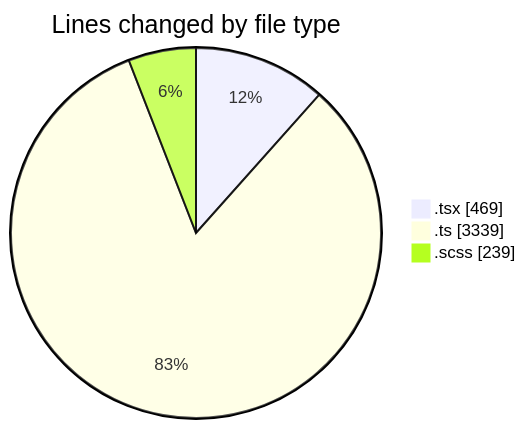
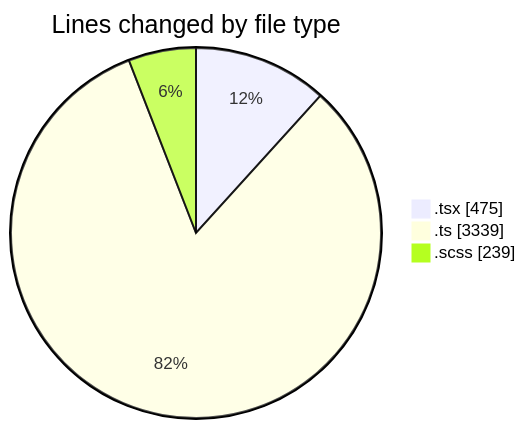
The first of 2 diagrams in 2025-09-17/cda/README.md (momahboobian/code-tracking), drawn with Mermaid before and after one commit. The commit also changed other lines of this file and 1 other file, not shown here.

````diff
--- a/2025-09-17/cda/README.md
+++ b/2025-09-17/cda/README.md
@@ -25,7 +25,7 @@
 ```mermaid
 pie showData
 title Lines changed by file type
-".tsx" : 469
+".tsx" : 475
 ".ts" : 3339
 ".scss" : 239
 ```
````
